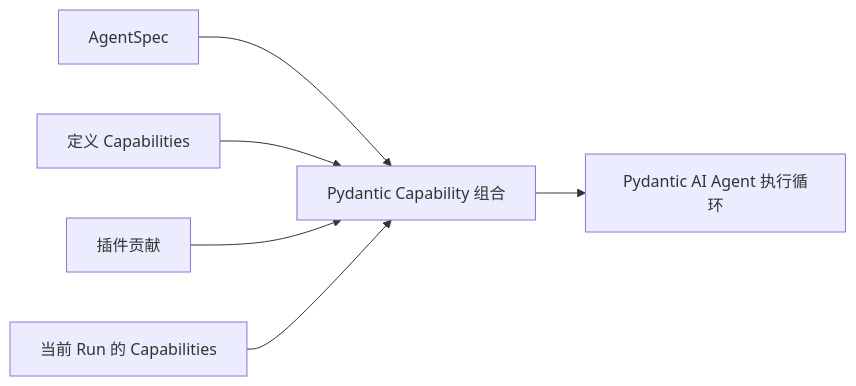
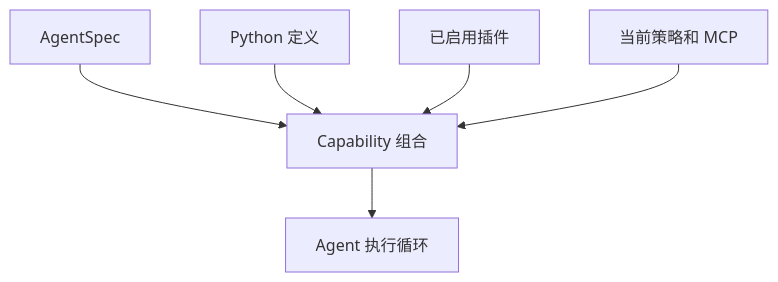
Before and after one commit to Jarvis636431/agent-foundation: the diagram in docs/a13n-harness/capabilities.zh-CN.md, drawn with Mermaid. The commit also changed other lines of this file and 202 other files, not shown here.

````diff
--- a/docs/a13n-harness/capabilities.zh-CN.md
+++ b/docs/a13n-harness/capabilities.zh-CN.md
@@ -19,11 +82,11 @@
 ```mermaid
-flowchart LR
-    Spec[AgentSpec] --> PAI[Pydantic Capability 组合]
-    Definition[定义 Capabilities] --> PAI
-    Plugin[插件贡献] --> PAI
-    Run[当前 Run 的 Capabilities] --> PAI
-    PAI --> Loop[Pydantic AI Agent 执行循环]
+flowchart TD
+    Spec[AgentSpec] --> PAI[Capability 组合]
+    Definition[Python 定义] --> PAI
+    Plugin[已启用插件] --> PAI
+    Run[当前策略和 MCP] --> PAI
+    PAI --> Loop[Agent 执行循环]
 
     class Spec,Definition,Plugin,Run a13n
     class PAI,Loop ext
 ```
````
